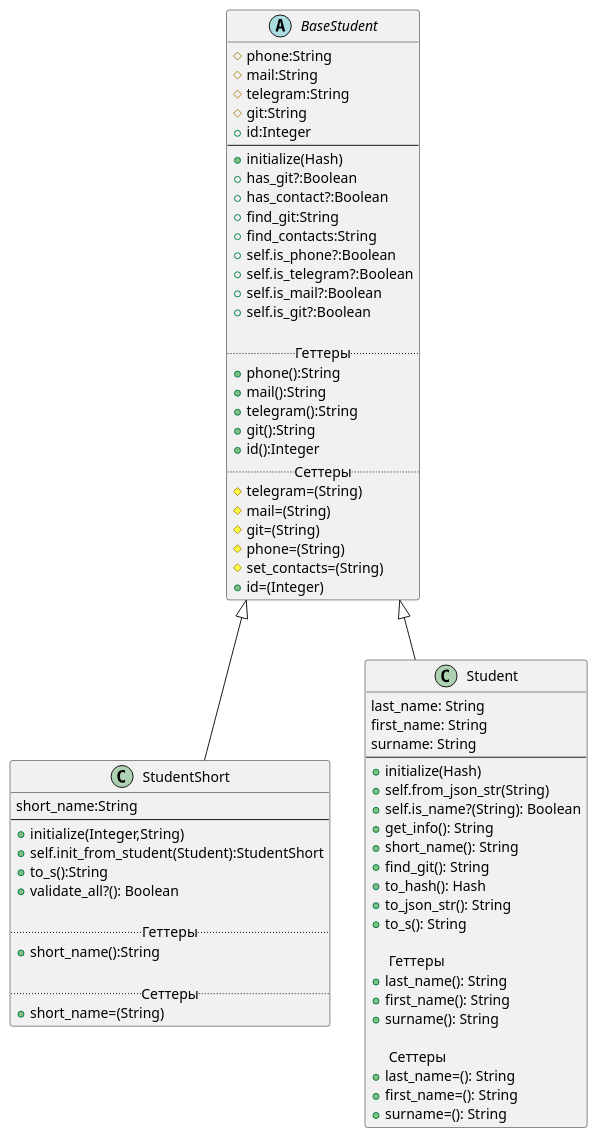
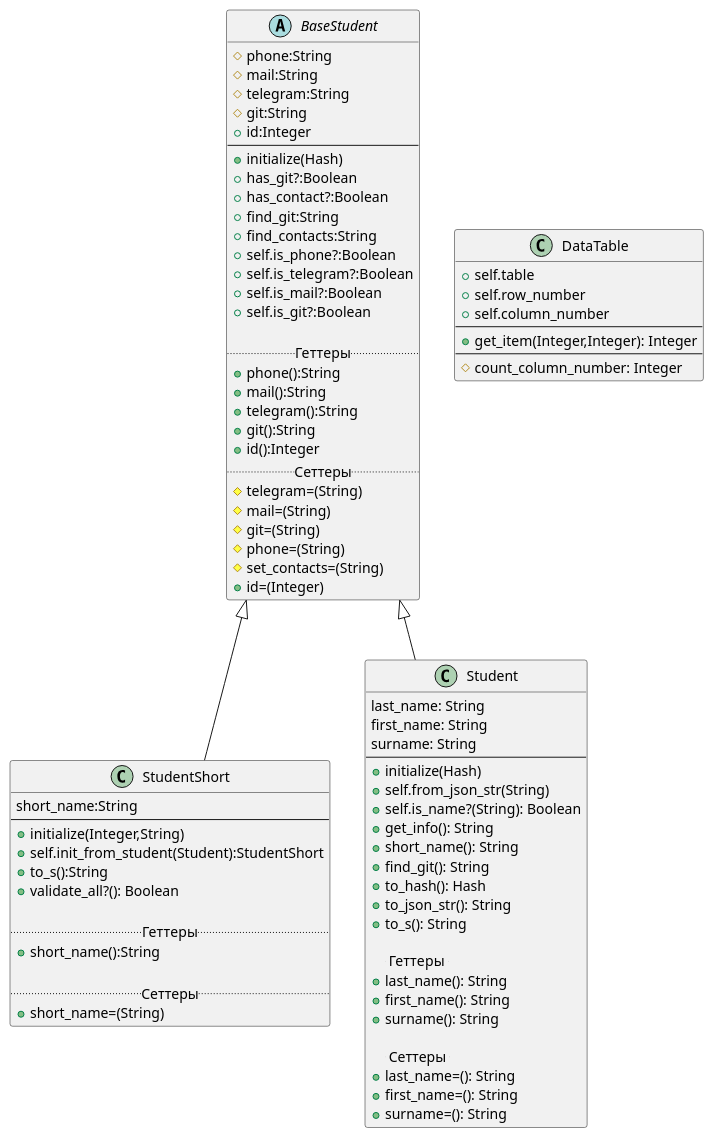
One commit to OlegVasil/RubyLabs changed the diagram in laba_2/Diagrams/diagram_1.puml. Above: the diagram before and after it, drawn with PlantUML.

Commit message:
Updated Diagramm

```diff
--- a/laba_2/Diagrams/diagram_1.puml
+++ b/laba_2/Diagrams/diagram_1.puml
@@ -1,74 +1,85 @@
 abstract class BaseStudent
 {
 #phone:String
 #mail:String
 #telegram:String
 #git:String
 +id:Integer
 --
 +initialize(Hash)
 +has_git?:Boolean
 +has_contact?:Boolean
 +find_git:String
 +find_contacts:String
 +self.is_phone?:Boolean
 +self.is_telegram?:Boolean
 +self.is_mail?:Boolean
 +self.is_git?:Boolean
 
 ..Геттеры..
 +phone():String
 +mail():String
 +telegram():String
 +git():String
 +id():Integer
 ..Сеттеры..
 #telegram=(String)
 #mail=(String)
 #git=(String)
 #phone=(String)
 #set_contacts=(String)
 +id=(Integer)
 }
 
 class StudentShort extends BaseStudent
 {
 short_name:String
 --
 +initialize(Integer,String)
 +self.init_from_student(Student):StudentShort
 +to_s():String
 +validate_all?(): Boolean
 
 .. Геттеры ..
 +short_name():String
 
 .. Сеттеры ..
 +short_name=(String)
 }
 
 class Student extends BaseStudent {
 last_name: String
 first_name: String
 surname: String
 --
 +initialize(Hash)
 +self.from_json_str(String)
 +self.is_name?(String): Boolean
 +get_info(): String
 +short_name(): String
 +find_git(): String
 +to_hash(): Hash
 +to_json_str(): String
 +to_s(): String
 
     .. Геттеры ..
 +last_name(): String
 +first_name(): String
 +surname(): String
 
     .. Сеттеры ..
 +last_name=(): String
 +first_name=(): String
 +surname=(): String
 }
+
+class DataTable
+{
++self.table
++self.row_number
++self.column_number
+--
++get_item(Integer,Integer): Integer
+--
+#count_column_number: Integer
+}
```
